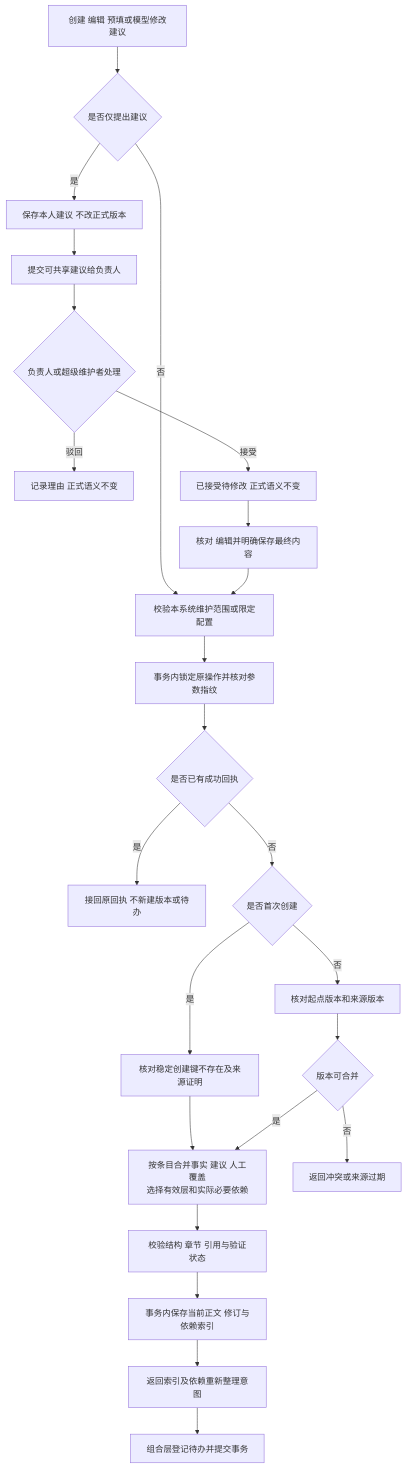
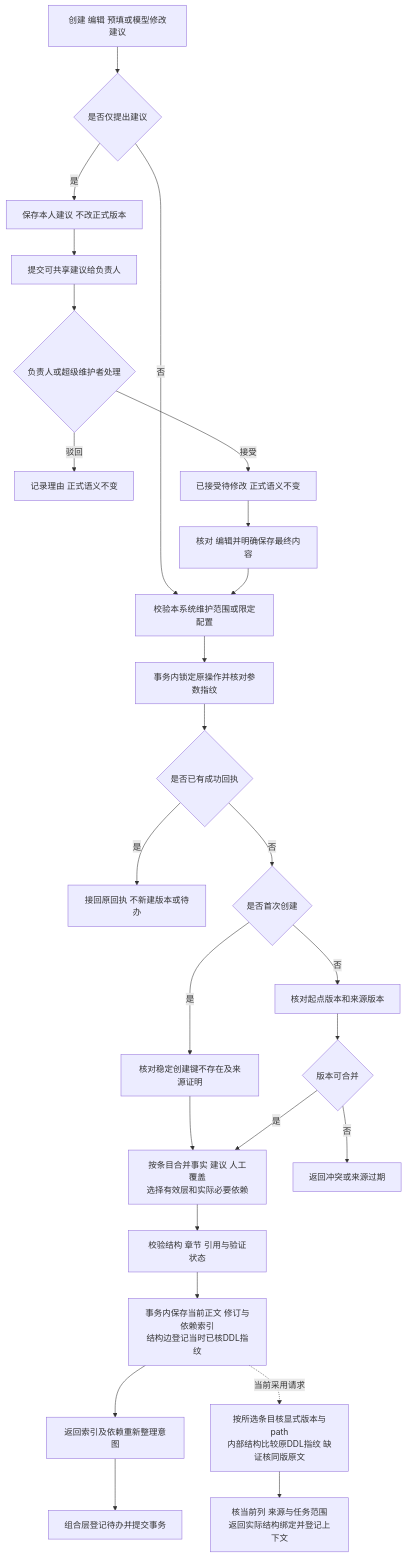
One commit to yaoziyaoguai/data_agent changed the fourth of 11 diagrams in docs/architecture/knowledge-modules.md. Above: the diagram before and after it, drawn with Mermaid. The commit also changed other lines of this file and 34 other files, not shown here.

First line of the commit message:
docs: synchronize architecture and local trial guidance

````diff
--- a/docs/architecture/knowledge-modules.md
+++ b/docs/architecture/knowledge-modules.md
@@ -225,26 +225,28 @@
 ```mermaid
 flowchart TD
     A[创建 编辑 预填或模型修改建议] --> P{是否仅提出建议}
     P -->|是| Q[保存本人建议 不改正式版本]
     Q --> Submit[提交可共享建议给负责人]
     Submit --> Decision{负责人或超级维护者处理}
     Decision -->|驳回| Rejected[记录理由 正式语义不变]
     Decision -->|接受| Accepted[已接受待修改 正式语义不变]
     Accepted --> R[核对 编辑并明确保存最终内容]
     P -->|否| S[校验本系统维护范围或限定配置]
     R --> S
     S --> O[事务内锁定原操作并核对参数指纹]
     O --> J{是否已有成功回执}
     J -->|是| T[接回原回执 不新建版本或待办]
     J -->|否| N{是否首次创建}
     N -->|是| K[核对稳定创建键不存在及来源证明]
     N -->|否| B[核对起点版本和来源版本]
     K --> E
     B --> C{版本可合并}
     C -->|否| D[返回冲突或来源过期]
     C -->|是| E[按条目合并事实 建议 人工覆盖<br/>选择有效层和实际必要依赖]
     E --> F[校验结构 章节 引用与验证状态]
-    F --> G[事务内保存当前正文 修订与依赖索引]
+    F --> G[事务内保存当前正文 修订与依赖索引<br/>结构边登记当时已核DDL指纹]
     G --> H[返回索引及依赖重新整理意图]
     H --> I[组合层登记待办并提交事务]
+    G -.->|当前采用请求| Read[按所选条目核显式版本与path<br/>内部结构比较原DDL指纹 缺证核同版原文]
+    Read --> Bound[核当前列 来源与任务范围<br/>返回实际结构绑定并登记上下文]
 ```
````
